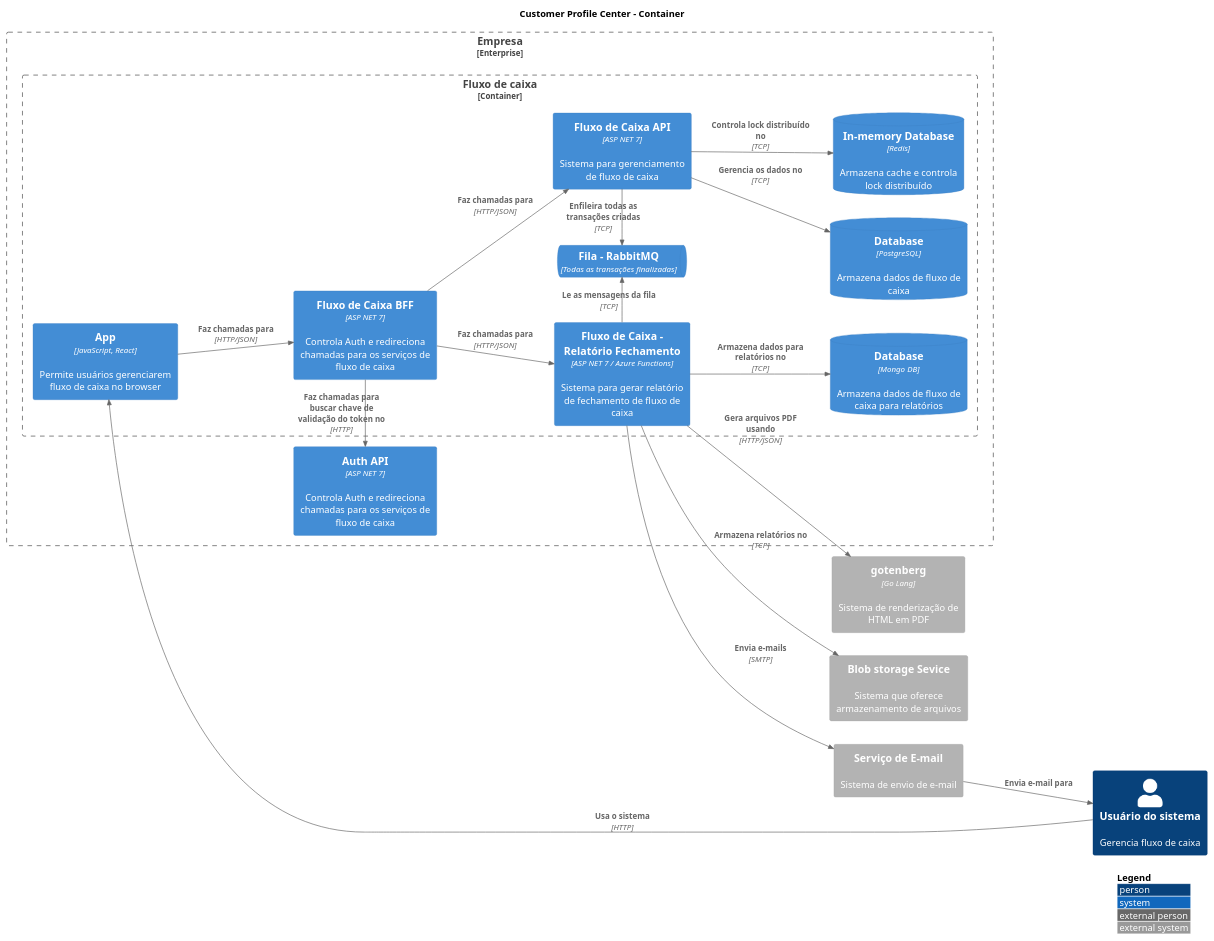
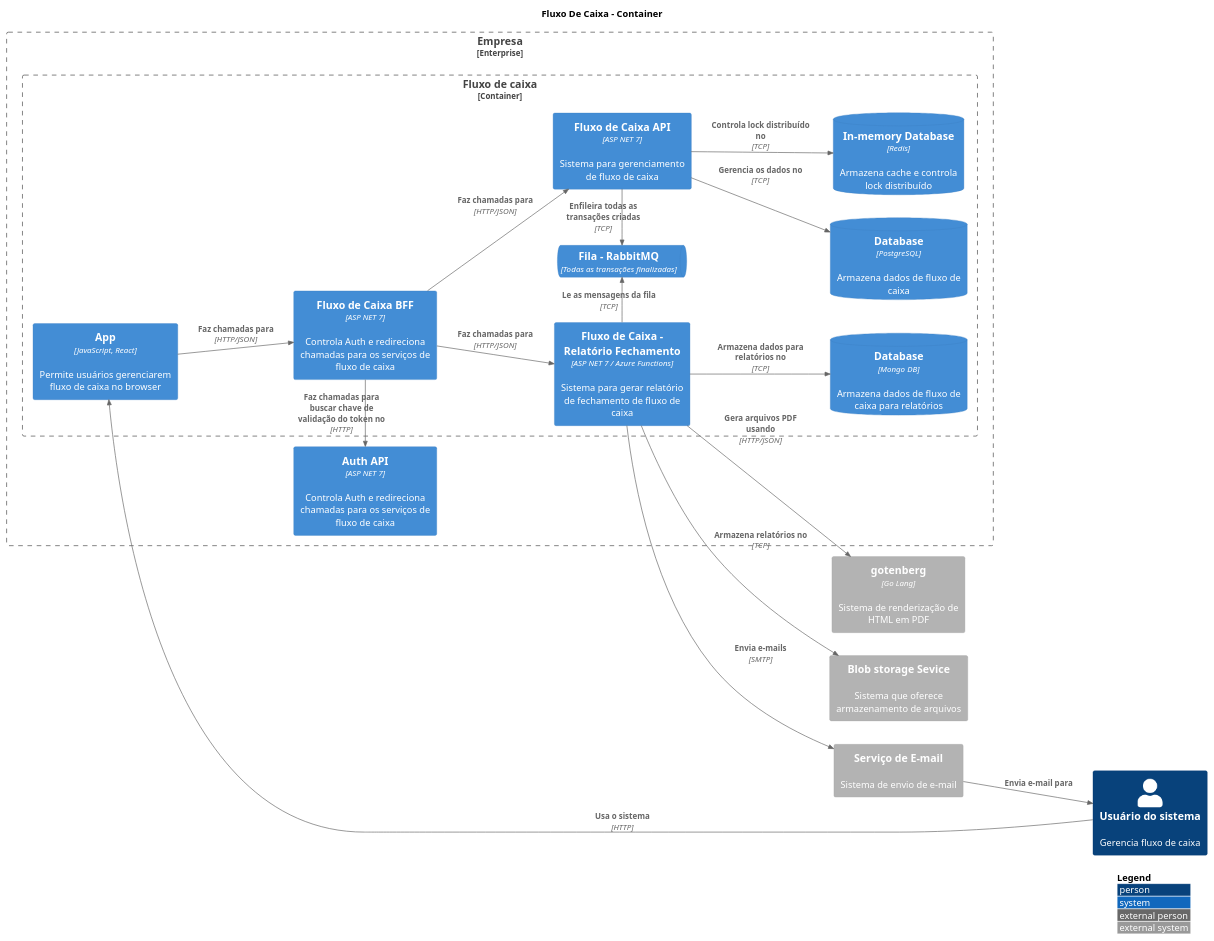
The diagram in Doc/Container.puml (CristianoRC/Fluxo-De-Caixa), drawn with PlantUML before and after one commit. The commit also changed 3 other files, not shown here.

Commit message:
Ajusta titulos dos diagramas

```diff
--- a/Doc/Container.puml
+++ b/Doc/Container.puml
@@ -1,57 +1,57 @@
 @startuml container
 
 !include https://raw.githubusercontent.com/plantuml-stdlib/C4-PlantUML/master/C4_Container.puml
 !include https://raw.githubusercontent.com/plantuml-stdlib/C4-PlantUML/master/C4_Context.puml
 
 LAYOUT_LANDSCAPE()
 LAYOUT_WITH_LEGEND()
 
-TITLE Customer Profile Center - Container
+TITLE Fluxo De Caixa - Container
 
 Enterprise_Boundary(boundaryEmpersa, "Empresa") {
   
     Container_Boundary(boundaryFluxoDeCaixa, "Fluxo de caixa") {
         Container(fluxoDeCaixaApi, "Fluxo de Caixa API", "ASP NET 7", "Sistema para gerenciamento de fluxo de caixa")
         Container(fluxoDeCaixaApp, "App", "JavaScript, React", "Permite usuários gerenciarem fluxo de caixa no browser")
         Container(fluxoDeCaixaReportApi, "Fluxo de Caixa - Relatório Fechamento", "ASP NET 7 / Azure Functions", "Sistema para gerar relatório de fechamento de fluxo de caixa")
         Container(fluxoDeCaixaBff, "Fluxo de Caixa BFF", "ASP NET 7", "Controla Auth e redireciona chamadas para os serviços de fluxo de caixa")
 
         ContainerDb(redis, "In-memory Database", "Redis", "Armazena cache e controla lock distribuído")
         ContainerDb(mongodb, "Database", "Mongo DB", "Armazena dados de fluxo de caixa para relatórios")
         ContainerDb(postgres, "Database", "PostgreSQL", "Armazena dados de fluxo de caixa")
         ContainerQueue(transactionQueue, "Fila - RabbitMQ", "Todas as transações finalizadas")
     }
     
     Container(authApi, "Auth API", "ASP NET 7", "Controla Auth e redireciona chamadas para os serviços de fluxo de caixa")
 }
 
 Container_Ext(gotenberg, "gotenberg", "Go Lang", "Sistema de renderização de HTML em PDF")
 Container_Ext(blobStorage, "Blob storage Sevice", "", "Sistema que oferece armazenamento de arquivos")
 Container_Ext(mailSystem, "Serviço de E-mail", "", "Sistema de envio de e-mail")
 Person(pessoa, "Usuário do sistema", "Gerencia fluxo de caixa")
 
 'API
 Rel(fluxoDeCaixaApi, postgres, "Gerencia os dados no", "TCP")
 Rel_U(fluxoDeCaixaApi, transactionQueue, "Enfileira todas as transações criadas", "TCP")
 Rel(fluxoDeCaixaApi, redis, "Controla lock distribuído no", "TCP")
 
 'Report API
 Rel(fluxoDeCaixaReportApi, mailSystem, "Envia e-mails", "SMTP")
 Rel_D(fluxoDeCaixaReportApi, transactionQueue, "Le as mensagens da fila", "TCP")
 Rel(fluxoDeCaixaReportApi, mongodb, "Armazena dados para relatórios no", "TCP")
 Rel(fluxoDeCaixaReportApi, blobStorage, "Armazena relatórios no", "TCP")
 Rel(fluxoDeCaixaReportApi, gotenberg, "Gera arquivos PDF usando", "HTTP/JSON")
 
 'App
 Rel(fluxoDeCaixaApp, fluxoDeCaixaBff, "Faz chamadas para", "HTTP/JSON")
 
 'BFF
 Rel(fluxoDeCaixaBff, fluxoDeCaixaApi, "Faz chamadas para", "HTTP/JSON")
 Rel(fluxoDeCaixaBff, fluxoDeCaixaReportApi, "Faz chamadas para", "HTTP/JSON")
 Rel_D(fluxoDeCaixaBff, authApi, "Faz chamadas para buscar chave de validação do token no", "HTTP")
 
 'Pessoa
 Rel(pessoa, fluxoDeCaixaApp, "Usa o sistema", "HTTP")
 Rel(mailSystem, pessoa, "Envia e-mail para")
 
 @enduml
```
